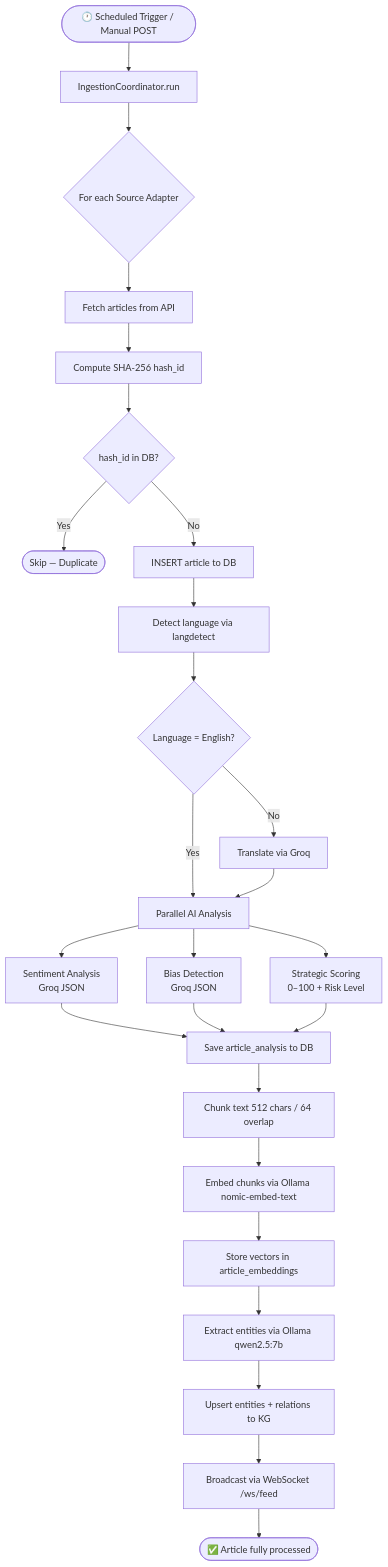
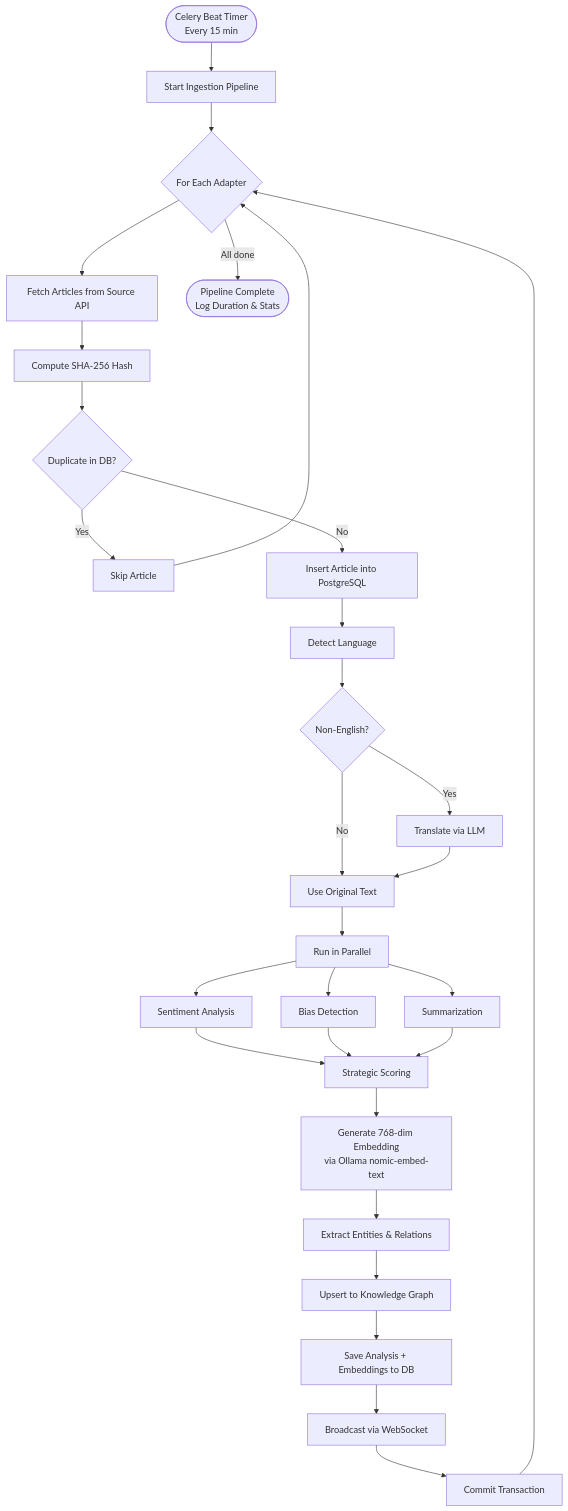
One commit to krishmaniyar/Strategic-News-Analyzer changed the second of 5 diagrams in README.md. Above: the diagram before and after it, drawn with Mermaid. The commit also changed other lines of this file, not shown here.

Commit message:
docs: add comprehensive professional README with architecture diagrams, setup guide, metrics, and configuration reference

````diff
--- a/README.md
+++ b/README.md
@@ -220,26 +176,29 @@
 ```mermaid
 flowchart TD
-    A([🕐 Scheduled Trigger / Manual POST]) --> B[IngestionCoordinator.run]
-    B --> C{For each Source Adapter}
-    C --> D[Fetch articles from API]
-    D --> E[Compute SHA-256 hash_id]
-    E --> F{hash_id in DB?}
-    F -- Yes --> G([Skip — Duplicate])
-    F -- No --> H[INSERT article to DB]
-    H --> I[Detect language via langdetect]
-    I --> J{Language = English?}
-    J -- No --> K[Translate via Groq]
-    J -- Yes --> L[Parallel AI Analysis]
+    A([Celery Beat Timer<br/>Every 15 min]) --> B[Start Ingestion Pipeline]
+    B --> C{For Each Adapter}
+    C --> D[Fetch Articles from Source API]
+    D --> E[Compute SHA-256 Hash]
+    E --> F{Duplicate in DB?}
+    F -- Yes --> G[Skip Article]
+    F -- No --> H[Insert Article into PostgreSQL]
+    H --> I[Detect Language]
+    I --> J{Non-English?}
+    J -- Yes --> K[Translate via LLM]
+    J -- No --> L[Use Original Text]
     K --> L
-    L --> M1[Sentiment Analysis\nGroq JSON]
-    L --> M2[Bias Detection\nGroq JSON]
-    L --> M3[Strategic Scoring\n0–100 + Risk Level]
-    M1 & M2 & M3 --> N[Save article_analysis to DB]
-    N --> O[Chunk text 512 chars / 64 overlap]
-    O --> P[Embed chunks via Ollama nomic-embed-text]
-    P --> Q[Store vectors in article_embeddings]
-    Q --> R[Extract entities via Ollama qwen2.5:7b]
-    R --> S[Upsert entities + relations to KG]
-    S --> T[Broadcast via WebSocket /ws/feed]
-    T --> U([✅ Article fully processed])
+    L --> M[Run in Parallel]
+    M --> M1[Sentiment Analysis]
+    M --> M2[Bias Detection]
+    M --> M3[Summarization]
+    M1 & M2 & M3 --> N[Strategic Scoring]
+    N --> O[Generate 768-dim Embedding<br/>via Ollama nomic-embed-text]
+    O --> P[Extract Entities & Relations]
+    P --> Q[Upsert to Knowledge Graph]
+    Q --> R[Save Analysis + Embeddings to DB]
+    R --> S[Broadcast via WebSocket]
+    S --> T[Commit Transaction]
+    T --> C
+    G --> C
+    C -- All done --> U([Pipeline Complete<br/>Log Duration & Stats])
 ```
````
